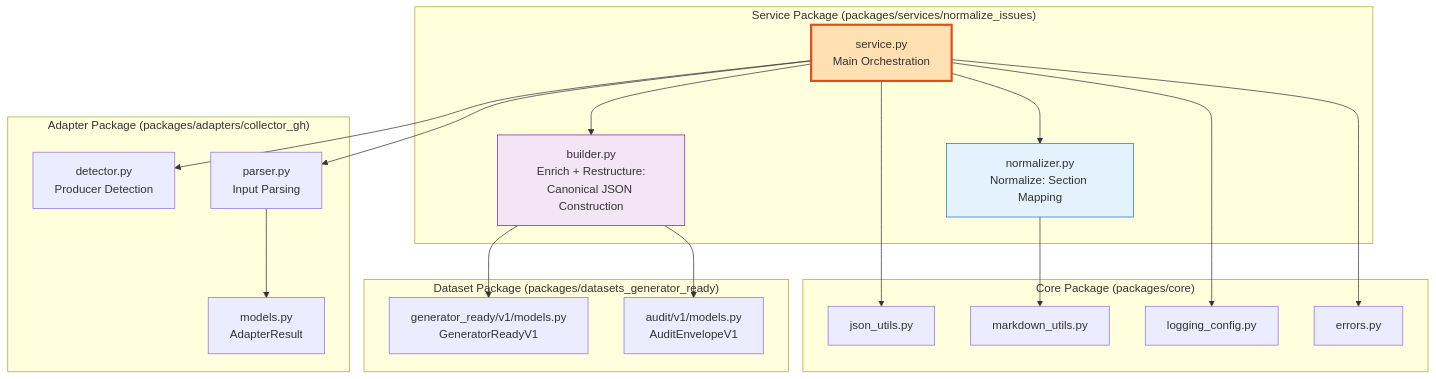
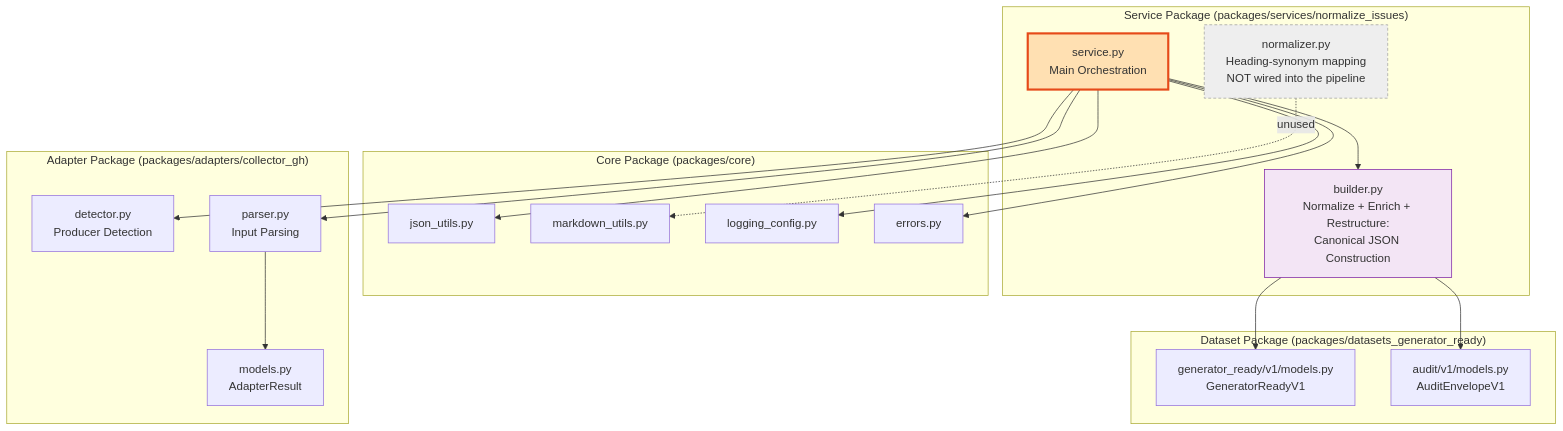
One commit to AbsaOSS/living-doc-toolkit changed the fifth of 11 diagrams in docs/architecture.md. Above: the diagram before and after it, drawn with Mermaid. The commit also changed other lines of this file, not shown here.

Commit message:
docs: clarify component responsibilities and update architecture diagram for accuracy

````diff
--- a/docs/architecture.md
+++ b/docs/architecture.md
@@ -224,45 +224,44 @@
 ```mermaid
 graph TB
     subgraph "Service Package (packages/services/normalize_issues)"
         ServiceEntry[service.py<br/>Main Orchestration]
-        Normalizer[normalizer.py<br/>Normalize: Section Mapping]
-        Builder[builder.py<br/>Enrich + Restructure:<br/>Canonical JSON Construction]
+        Builder[builder.py<br/>Normalize + Enrich + Restructure:<br/>Canonical JSON Construction]
+        Normalizer[normalizer.py<br/>Heading-synonym mapping<br/>NOT wired into the pipeline]
     end
     
     subgraph "Core Package (packages/core)"
         JsonUtils[json_utils.py]
         MarkdownUtils[markdown_utils.py]
         LoggingConfig[logging_config.py]
         Errors[errors.py]
     end
     
     subgraph "Adapter Package (packages/adapters/collector_gh)"
         Detector[detector.py<br/>Producer Detection]
         Parser[parser.py<br/>Input Parsing]
         AdapterModels[models.py<br/>AdapterResult]
     end
     
     subgraph "Dataset Package (packages/datasets_generator_ready)"
         GeneratorReadyModels[generator_ready/v1/models.py<br/>GeneratorReadyV1]
         AuditModels[audit/v1/models.py<br/>AuditEnvelopeV1]
     end
     
-    ServiceEntry --> Normalizer
     ServiceEntry --> Builder
     ServiceEntry --> Detector
     ServiceEntry --> Parser
     
-    Normalizer --> MarkdownUtils
+    Normalizer -.->|unused| MarkdownUtils
     Builder --> GeneratorReadyModels
     Builder --> AuditModels
     
     ServiceEntry --> JsonUtils
     ServiceEntry --> LoggingConfig
     ServiceEntry --> Errors
     
     Parser --> AdapterModels
     
     style ServiceEntry fill:#ffe0b2,stroke:#e64a19,stroke-width:3px
-    style Normalizer fill:#e3f2fd,stroke:#1976d2
+    style Normalizer fill:#eeeeee,stroke:#9e9e9e,stroke-dasharray:4 3
     style Builder fill:#f3e5f5,stroke:#7b1fa2
 ```
````
